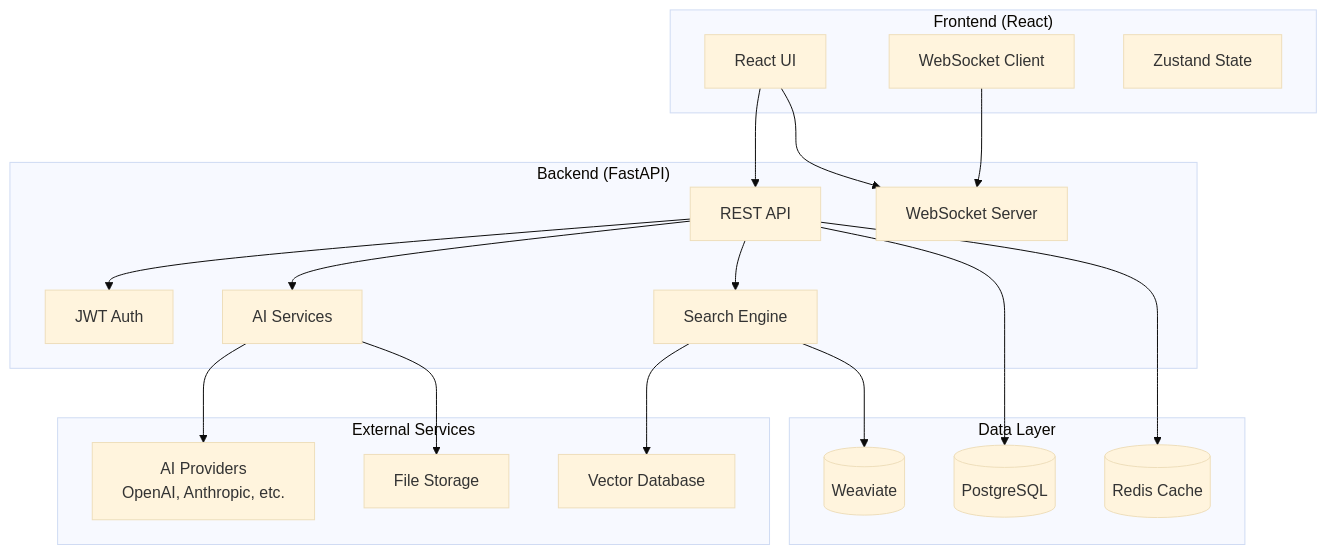
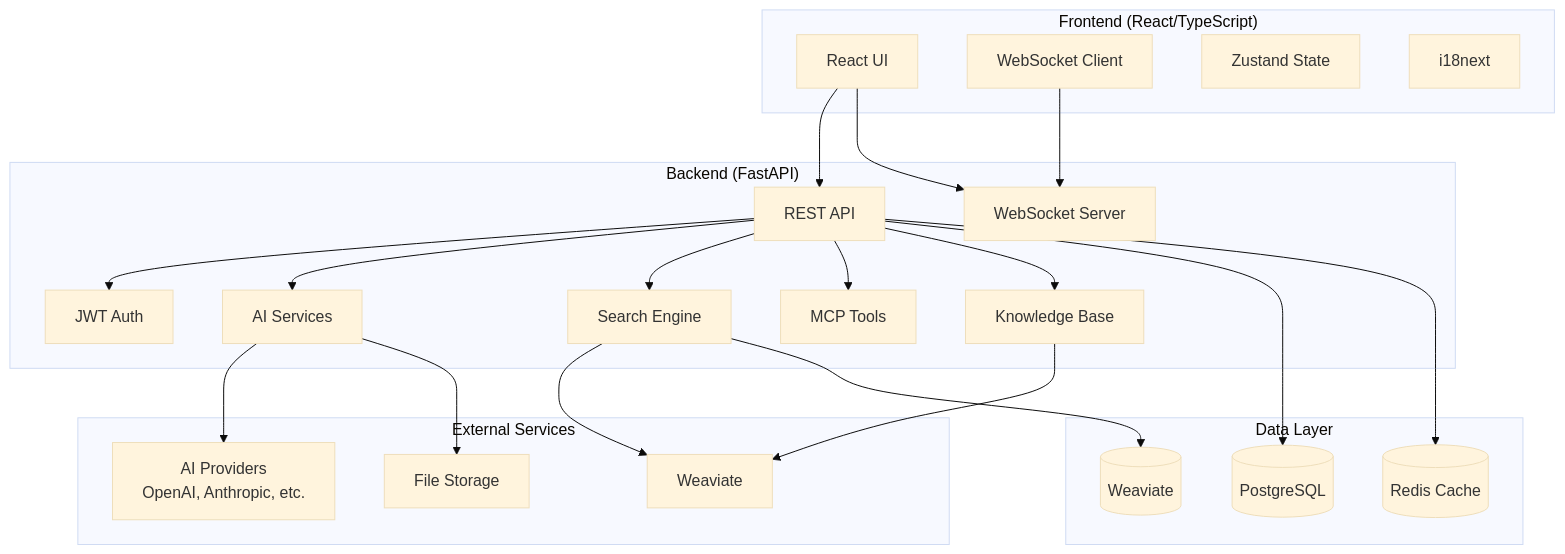
The diagram in docs/index.md (ConvoSphere/ConvoSphere), drawn with Mermaid (base theme) before and after one commit. The commit also changed other lines of this file and 4 other files, not shown here.

Commit message:
Update documentation with comprehensive project status and roadmap details

````diff
--- a/docs/index.md
+++ b/docs/index.md
@@ -48,41 +104,47 @@
 ```mermaid
 graph TB
-    subgraph "Frontend (React)"
+    subgraph "Frontend (React/TypeScript)"
         UI[React UI]
         WS[WebSocket Client]
         State[Zustand State]
+        I18N[i18next]
     end
     
     subgraph "Backend (FastAPI)"
         API[REST API]
         WS_Server[WebSocket Server]
         Auth[JWT Auth]
         AI[AI Services]
         Search[Search Engine]
+        MCP[MCP Tools]
+        KB[Knowledge Base]
     end
     
     subgraph "External Services"
         AI_Providers[AI Providers<br/>OpenAI, Anthropic, etc.]
         Storage[File Storage]
-        VectorDB[Vector Database]
+        VectorDB[Weaviate]
     end
     
     subgraph "Data Layer"
         PG[(PostgreSQL)]
         Redis[(Redis Cache)]
         Weaviate[(Weaviate)]
     end
     
     UI --> API
     UI --> WS_Server
     WS --> WS_Server
     API --> Auth
     API --> AI
     API --> Search
+    API --> MCP
+    API --> KB
     AI --> AI_Providers
     Search --> VectorDB
+    KB --> VectorDB
     API --> PG
     API --> Redis
     Search --> Weaviate
     AI --> Storage
 ```
````
